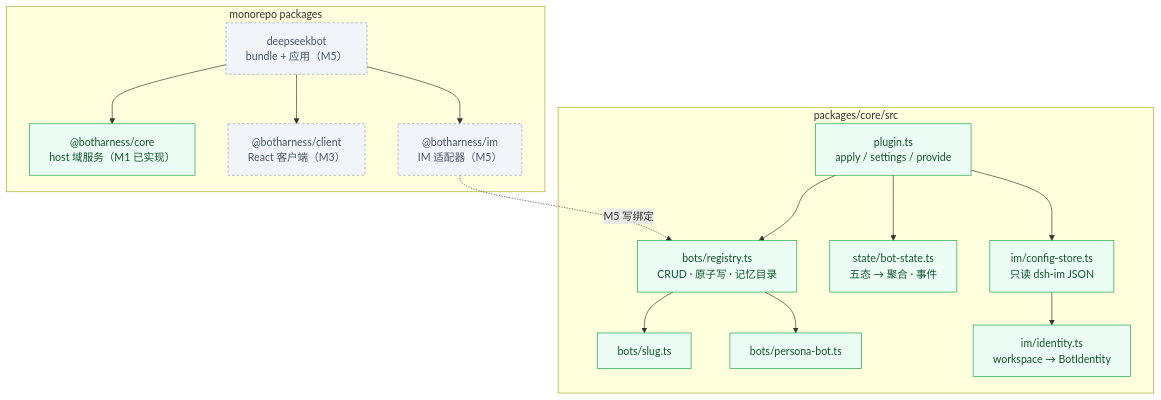
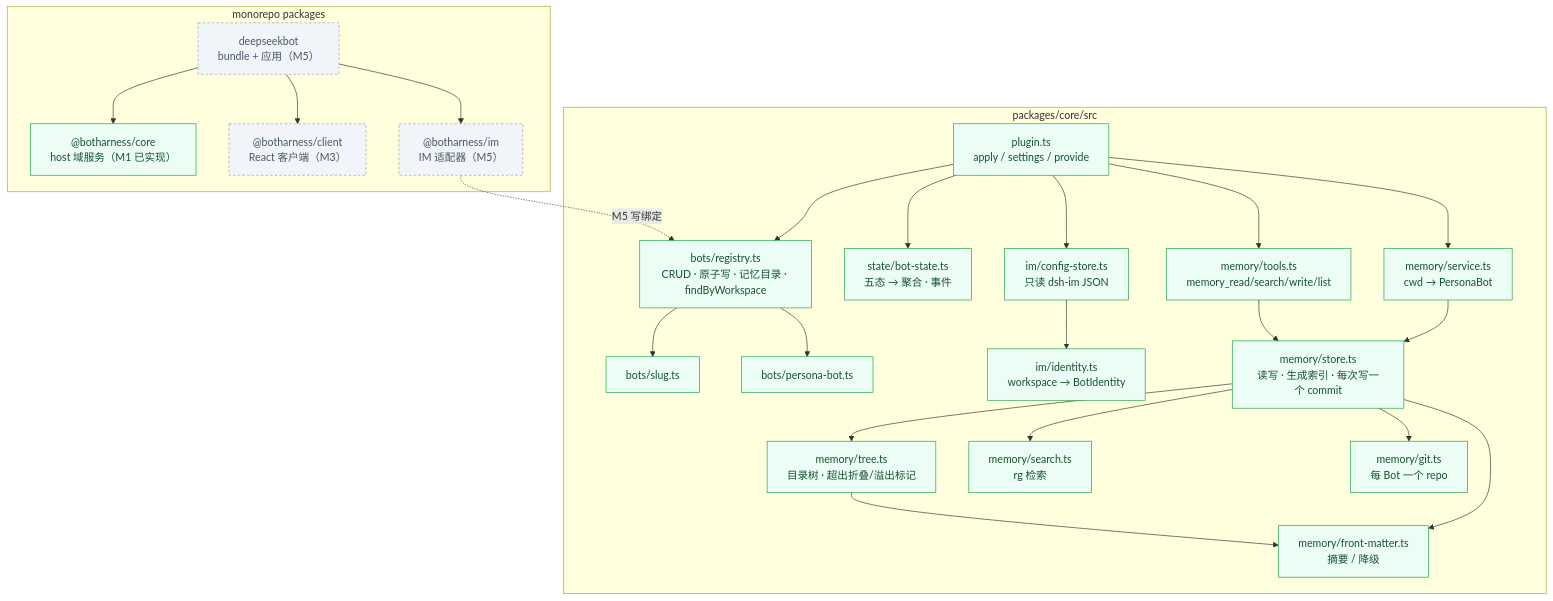
One commit to BotHarness/BotHarness changed the second of 6 diagrams in docs/architecture/botharness-architecture.md. Above: the diagram before and after it, drawn with Mermaid. The commit also changed other lines of this file and 51 other files, not shown here.

First line of the commit message:
feat(core): M2 记忆 MVP（store / tools / git / prompt 注入） (#22)

````diff
--- a/docs/architecture/botharness-architecture.md
+++ b/docs/architecture/botharness-architecture.md
@@ -42,36 +42,52 @@
 ```mermaid
 flowchart TB
   subgraph pkgs["monorepo packages"]
     Bundle["deepseekbot<br/>bundle + 应用（M5）"]
     CorePkg["@botharness/core<br/>host 域服务（M1 已实现）"]
     ClientPkg["@botharness/client<br/>React 客户端（M3）"]
     ImPkg["@botharness/im<br/>IM 适配器（M5）"]
   end
 
   Bundle --> CorePkg
   Bundle --> ClientPkg
   Bundle --> ImPkg
 
   subgraph core["packages/core/src"]
     Plugin["plugin.ts<br/>apply / settings / provide"]
-    Registry["bots/registry.ts<br/>CRUD · 原子写 · 记忆目录"]
+    Registry["bots/registry.ts<br/>CRUD · 原子写 · 记忆目录 · findByWorkspace"]
     Slug["bots/slug.ts"]
     Record["bots/persona-bot.ts"]
     State["state/bot-state.ts<br/>五态 → 聚合 · 事件"]
     Store["im/config-store.ts<br/>只读 dsh-im JSON"]
     Identity["im/identity.ts<br/>workspace → BotIdentity"]
+    MemoryService["memory/service.ts<br/>cwd → PersonaBot"]
+    MemoryTools["memory/tools.ts<br/>memory_read/search/write/list"]
+    MemoryStore["memory/store.ts<br/>读写 · 生成索引 · 每次写一个 commit"]
+    MemoryTree["memory/tree.ts<br/>目录树 · 超出折叠/溢出标记"]
+    MemorySearch["memory/search.ts<br/>rg 检索"]
+    MemoryGit["memory/git.ts<br/>每 Bot 一个 repo"]
+    FrontMatter["memory/front-matter.ts<br/>摘要 / 降级"]
   end
 
   Plugin --> Registry
   Plugin --> State
   Plugin --> Store
+  Plugin --> MemoryService
+  Plugin --> MemoryTools
   Registry --> Slug
   Registry --> Record
   Store --> Identity
+  MemoryService --> MemoryStore
+  MemoryTools --> MemoryStore
+  MemoryStore --> MemoryTree
+  MemoryStore --> MemorySearch
+  MemoryStore --> MemoryGit
+  MemoryStore --> FrontMatter
+  MemoryTree --> FrontMatter
   ImPkg -.->|"M5 写绑定"| Registry
 
   classDef ours fill:#ecfdf5,stroke:#16a34a,color:#14532d;
   classDef later fill:#f1f5f9,stroke:#94a3b8,color:#475569,stroke-dasharray:4 3;
-  class CorePkg,Plugin,Registry,Slug,Record,State,Store,Identity ours;
+  class CorePkg,Plugin,Registry,Slug,Record,State,Store,Identity,MemoryService,MemoryTools,MemoryStore,MemoryTree,MemorySearch,MemoryGit,FrontMatter ours;
   class Bundle,ClientPkg,ImPkg later;
 ```
````
